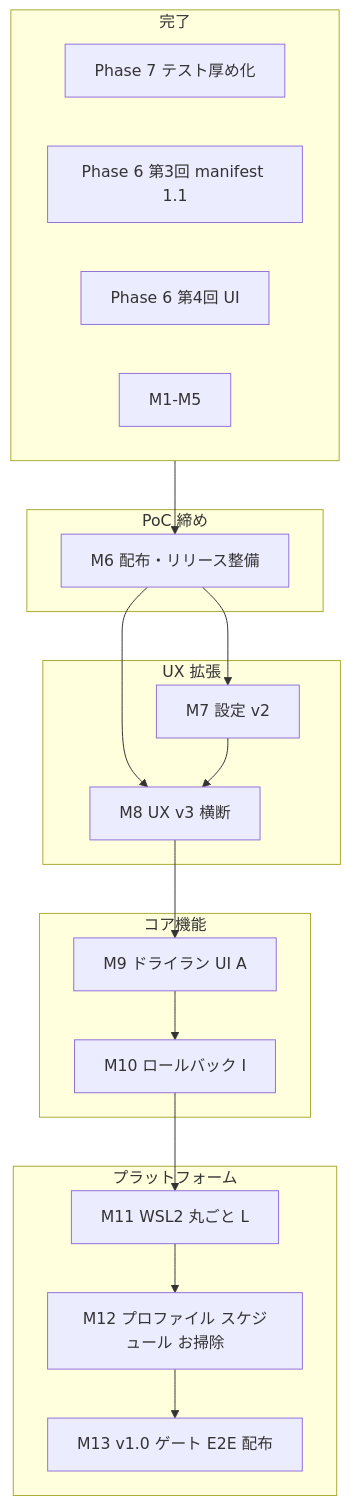
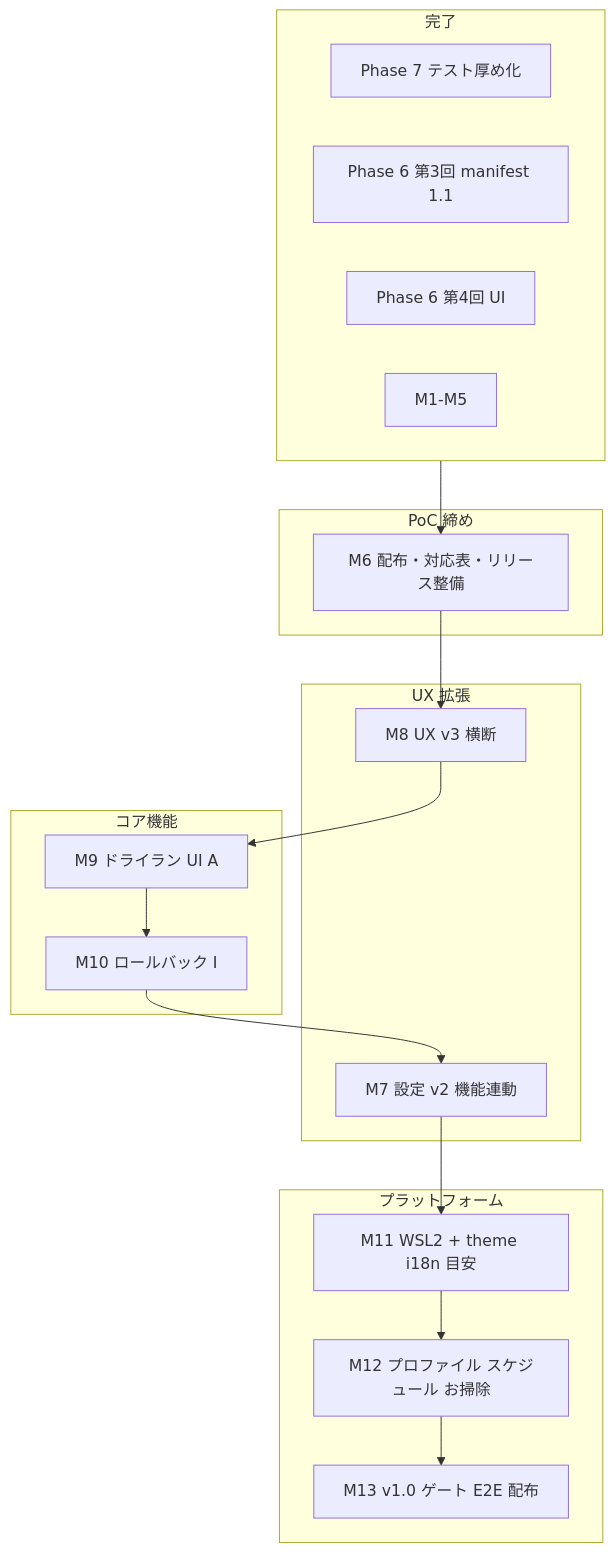
Before and after one commit to matrix9neonebuchadnezzar2199-sketch/DockerMigrator: the diagram in docs/milestones/M6-M13-roadmap.md, drawn with Mermaid. The commit also changed other lines of this file and 2 other files, not shown here.

````diff
--- a/docs/milestones/M6-M13-roadmap.md
+++ b/docs/milestones/M6-M13-roadmap.md
@@ -24,39 +41,38 @@
 ```mermaid
 flowchart TB
   subgraph done [完了]
     P7[Phase 7 テスト厚め化]
     R3[Phase 6 第3回 manifest 1.1]
     R4[Phase 6 第4回 UI]
     M15[M1-M5]
   end
 
   subgraph poc_close [PoC 締め]
-    M6[M6 配布・リリース整備]
+    M6[M6 配布・対応表・リリース整備]
   end
 
   subgraph ux [UX 拡張]
-    M7[M7 設定 v2]
     M8[M8 UX v3 横断]
+    M7[M7 設定 v2 機能連動]
   end
 
   subgraph core [コア機能]
     M9[M9 ドライラン UI A]
     M10[M10 ロールバック I]
   end
 
   subgraph platform [プラットフォーム]
-    M11[M11 WSL2 丸ごと L]
+    M11[M11 WSL2 + theme i18n 目安]
     M12[M12 プロファイル スケジュール お掃除]
     M13[M13 v1.0 ゲート E2E 配布]
   end
 
   done --> M6
-  M6 --> M7
   M6 --> M8
-  M7 --> M8
   M8 --> M9
   M9 --> M10
-  M10 --> M11
+  M10 --> M7
+  M7 --> M11
   M11 --> M12
   M12 --> M13
 ```
````
